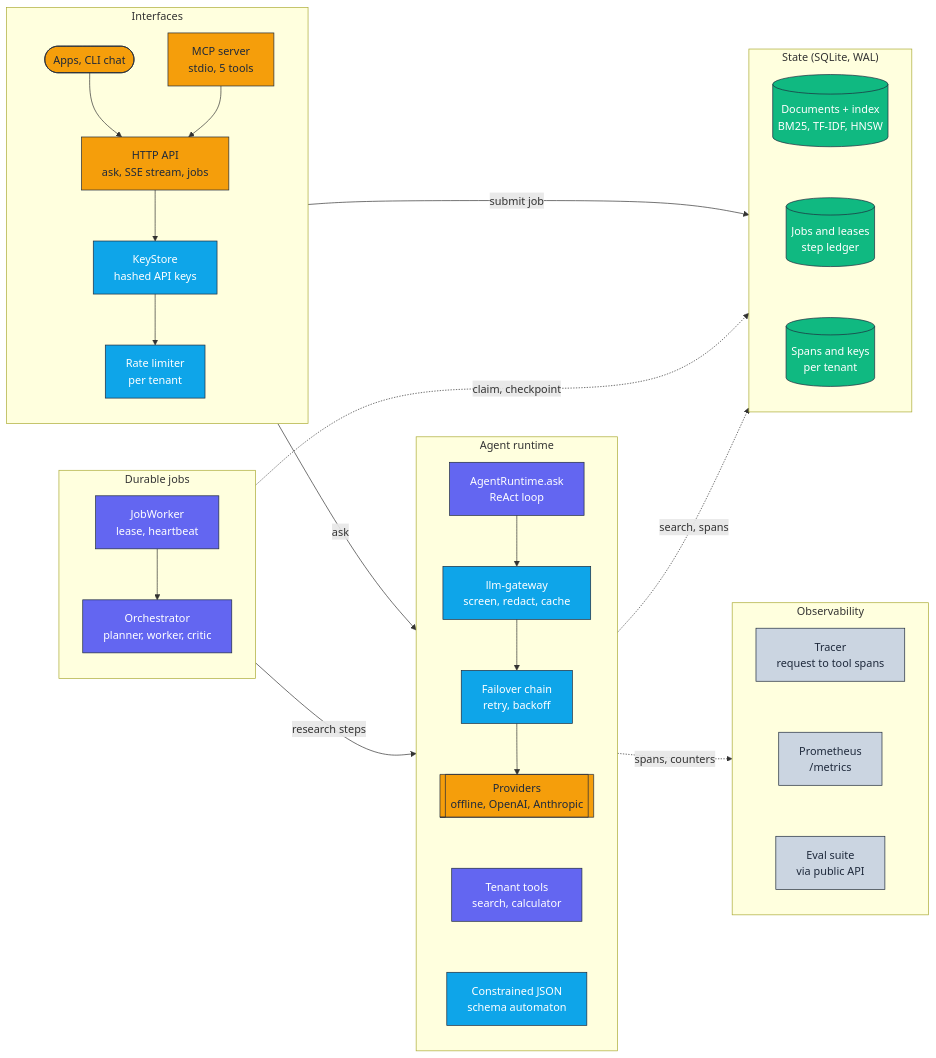
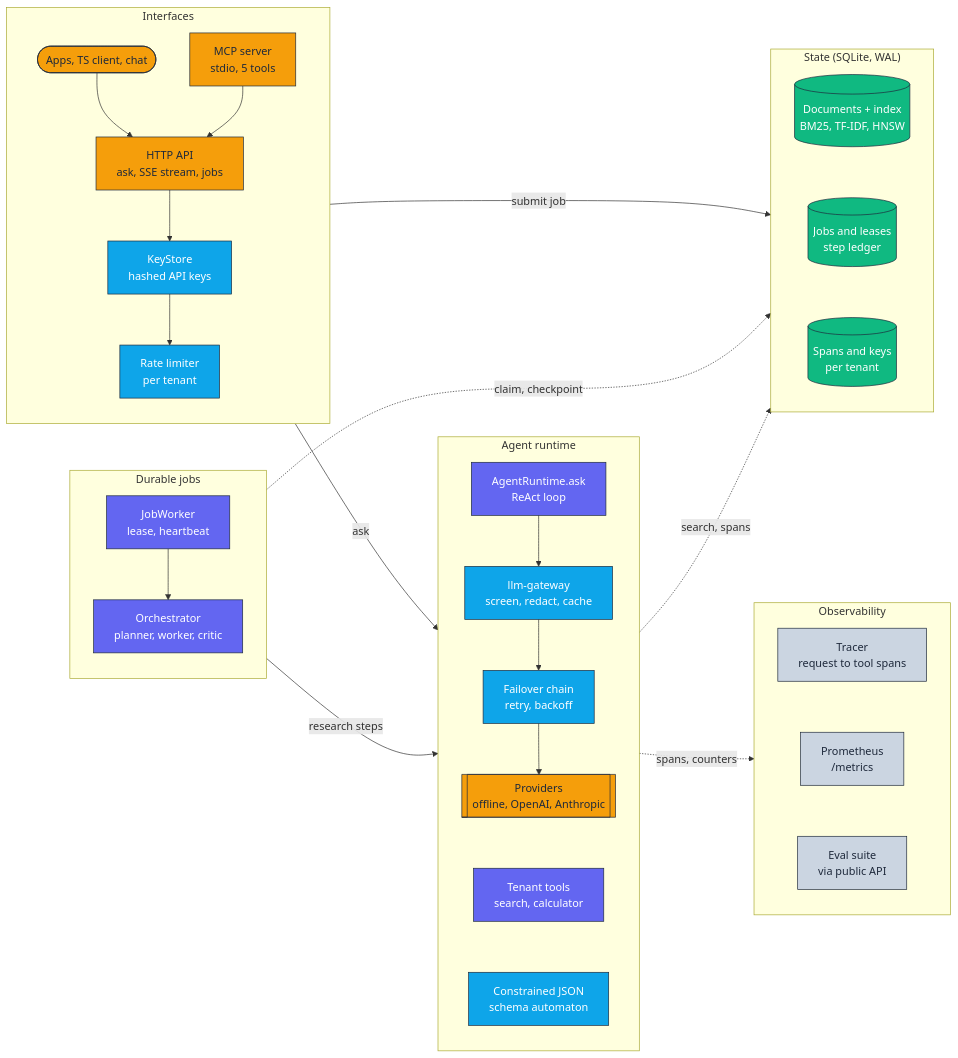
The diagram in docs/architecture/architecture.mmd (adeoluo/agent-platform), drawn with Mermaid before and after one commit. The commit also changed 2 other files, not shown here.

Commit message:
docs: TypeScript client in README and diagram

```diff
--- a/docs/architecture/architecture.mmd
+++ b/docs/architecture/architecture.mmd
@@ -1,58 +1,58 @@
 flowchart LR
     classDef edge     fill:#F59E0B,stroke:#1E293B,color:#1E293B,stroke-width:1px;
     classDef core     fill:#6366F1,stroke:#1E293B,color:#ffffff,stroke-width:1px;
     classDef data     fill:#10B981,stroke:#1E293B,color:#ffffff,stroke-width:1px;
     classDef control  fill:#0EA5E9,stroke:#1E293B,color:#ffffff,stroke-width:1px;
     classDef obs      fill:#CBD5E1,stroke:#1E293B,color:#1E293B,stroke-width:1px;
 
     subgraph Interfaces["Interfaces"]
         direction TB
-        Client([Apps, CLI chat]):::edge
+        Client([Apps, TS client, chat]):::edge
         MCP["MCP server<br/>stdio, 5 tools"]:::edge
         API["HTTP API<br/>ask, SSE stream, jobs"]:::edge
         Auth["KeyStore<br/>hashed API keys"]:::control
         Limit["Rate limiter<br/>per tenant"]:::control
         Client --> API
         MCP --> API --> Auth --> Limit
     end
 
     subgraph Jobs["Durable jobs"]
         direction TB
         Worker["JobWorker<br/>lease, heartbeat"]:::core
         Orch["Orchestrator<br/>planner, worker, critic"]:::core
         Worker --> Orch
     end
 
     subgraph Runtime["Agent runtime"]
         direction TB
         Agent["AgentRuntime.ask<br/>ReAct loop"]:::core
         Tools["Tenant tools<br/>search, calculator"]:::core
         Gateway["llm-gateway<br/>screen, redact, cache"]:::control
         Failover["Failover chain<br/>retry, backoff"]:::control
         Providers[["Providers<br/>offline, OpenAI, Anthropic"]]:::edge
         Structured["Constrained JSON<br/>schema automaton"]:::control
         Agent --> Gateway --> Failover --> Providers ~~~ Tools ~~~ Structured
     end
 
     subgraph State["State (SQLite, WAL)"]
         direction TB
         Knowledge[("Documents + index<br/>BM25, TF-IDF, HNSW")]:::data
         Ledger[("Jobs and leases<br/>step ledger")]:::data
         Spans[("Spans and keys<br/>per tenant")]:::data
         Knowledge ~~~ Ledger ~~~ Spans
     end
 
     subgraph Obs["Observability"]
         direction TB
         Tracer["Tracer<br/>request to tool spans"]:::obs
         Metrics["Prometheus<br/>/metrics"]:::obs
         Eval["Eval suite<br/>via public API"]:::obs
         Tracer ~~~ Metrics ~~~ Eval
     end
 
     Interfaces -->|ask| Runtime
     Interfaces -->|submit job| State
     Jobs -->|research steps| Runtime
     Jobs -.->|claim, checkpoint| State
     Runtime -.->|search, spans| State
     Runtime -.->|spans, counters| Obs
```
